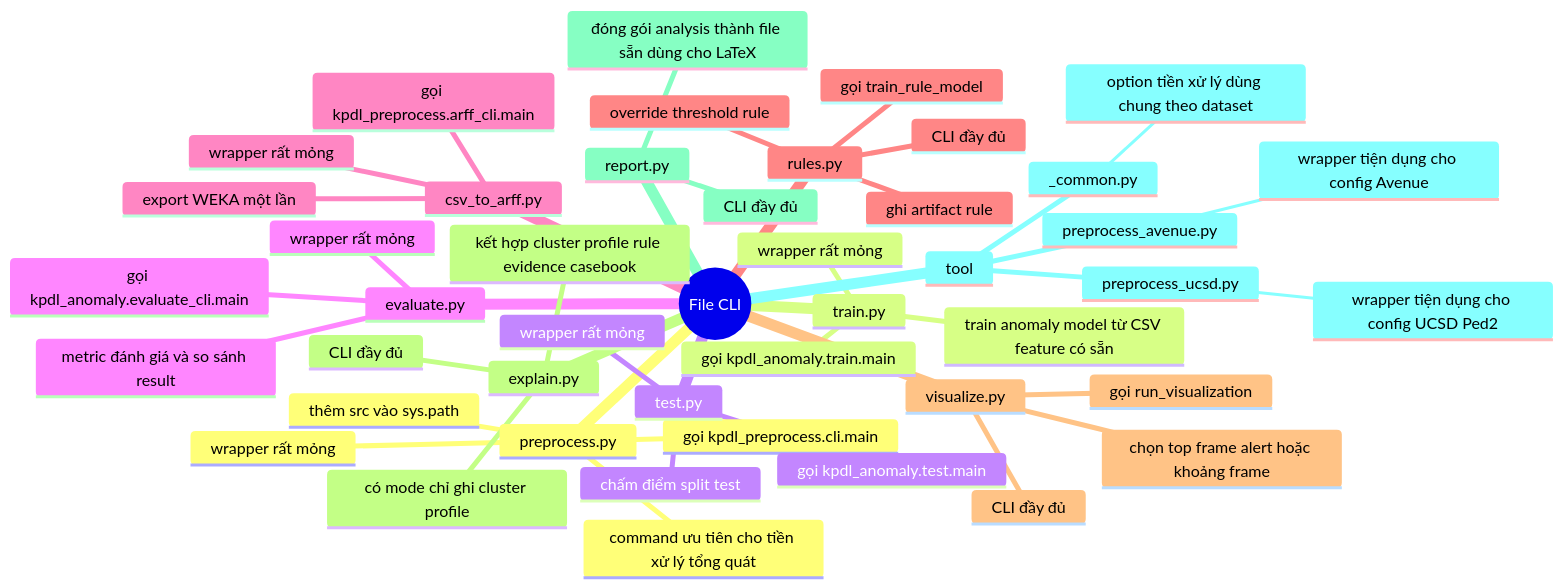
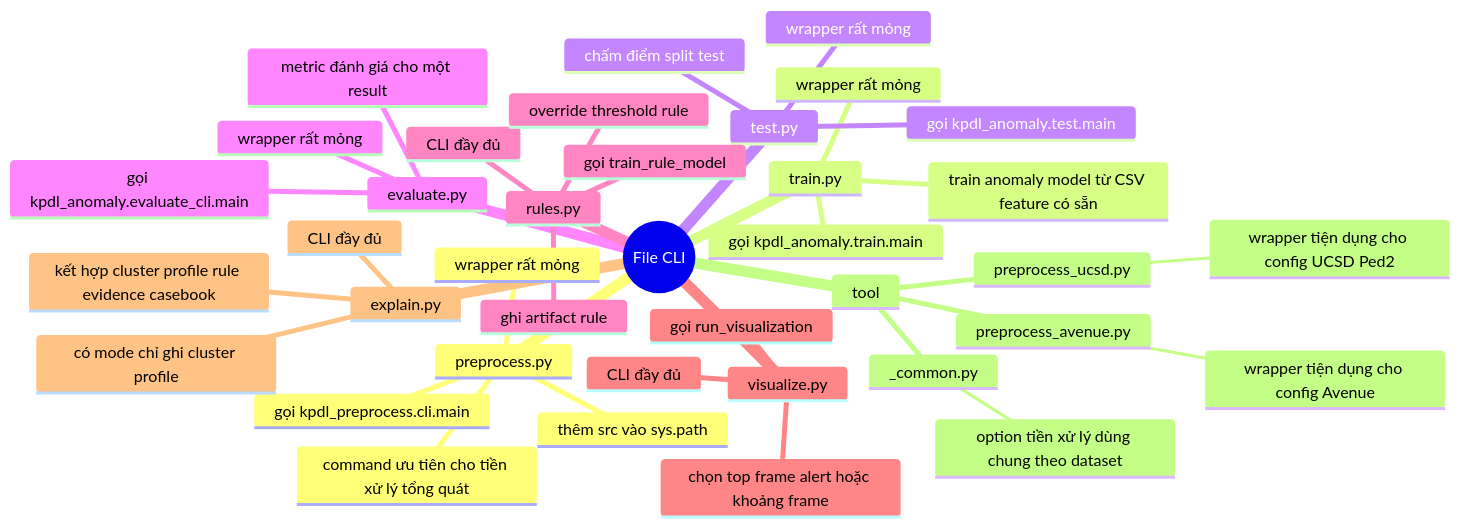
The third of 8 diagrams in src/doc/code_mindmap.md (phillnolan/BTL-KPDL), drawn with Mermaid before and after one commit. The commit also changed other lines of this file and 56 other files, not shown here.

````diff
--- a/src/doc/code_mindmap.md
+++ b/src/doc/code_mindmap.md
@@ -165,48 +153,41 @@
 ```mermaid
 mindmap
   root((File CLI))
     preprocess.py
       wrapper rất mỏng
       thêm src vào sys.path
       gọi kpdl_preprocess.cli.main
       command ưu tiên cho tiền xử lý tổng quát
     train.py
       wrapper rất mỏng
       gọi kpdl_anomaly.train.main
       train anomaly model từ CSV feature có sẵn
     test.py
       wrapper rất mỏng
       gọi kpdl_anomaly.test.main
       chấm điểm split test
     evaluate.py
       wrapper rất mỏng
       gọi kpdl_anomaly.evaluate_cli.main
-      metric đánh giá và so sánh result
-    csv_to_arff.py
-      wrapper rất mỏng
-      gọi kpdl_preprocess.arff_cli.main
-      export WEKA một lần
+      metric đánh giá cho một result
     rules.py
       CLI đầy đủ
       override threshold rule
       gọi train_rule_model
       ghi artifact rule
     visualize.py
       CLI đầy đủ
       chọn top frame alert hoặc khoảng frame
       gọi run_visualization
     explain.py
       CLI đầy đủ
       kết hợp cluster profile rule evidence casebook
       có mode chỉ ghi cluster profile
-    report.py
-      CLI đầy đủ
-      đóng gói analysis thành file sẵn dùng cho LaTeX
     tool
       _common.py
         option tiền xử lý dùng chung theo dataset
       preprocess_ucsd.py
         wrapper tiện dụng cho config UCSD Ped2
       preprocess_avenue.py
         wrapper tiện dụng cho config Avenue
 ```
````
